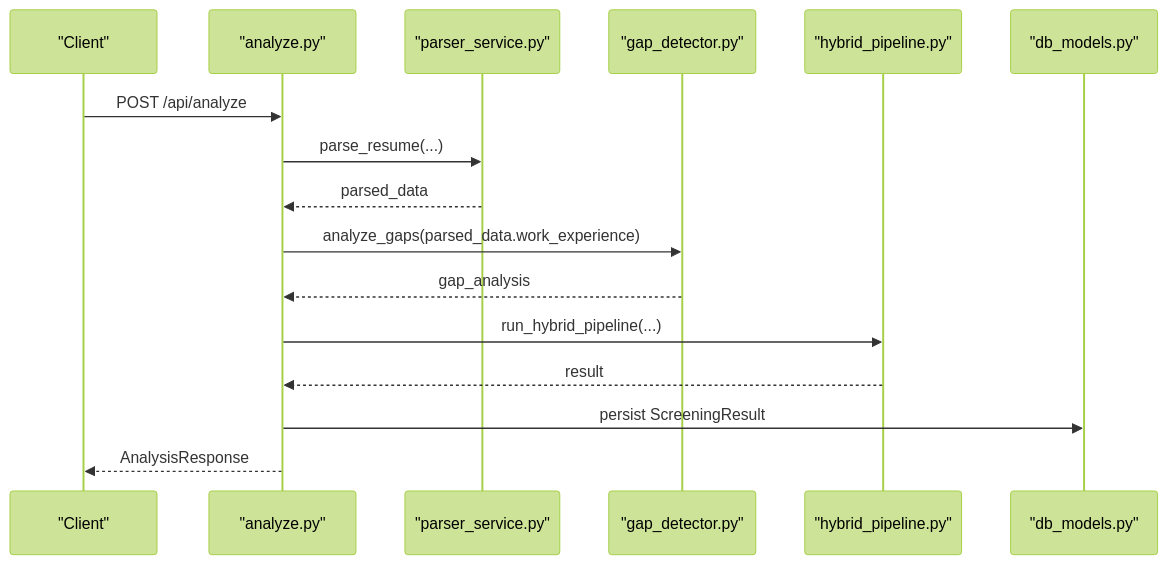
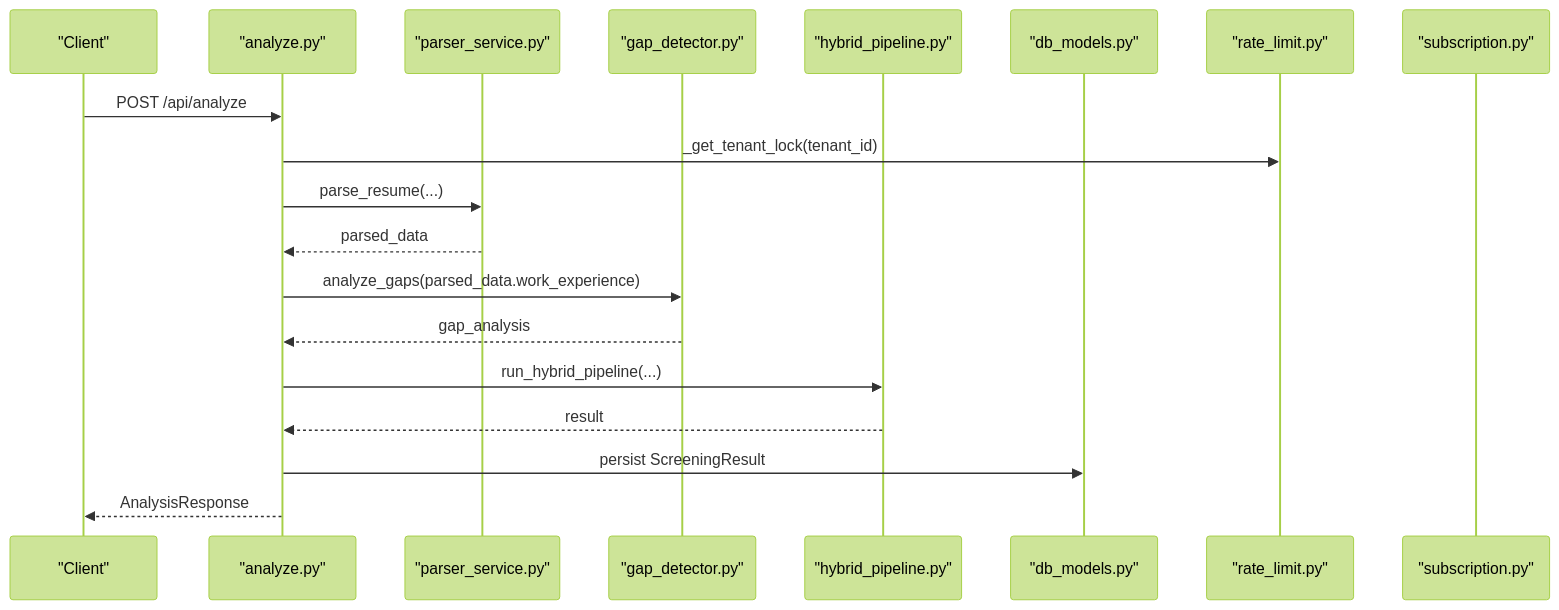
Diagram 14 of 34 in .qoder/repowiki/en/content/Analysis Engine/Analysis Engine.md (Revanththetalogics/aireume), drawn with Mermaid (forest theme) before and after one commit. The commit also changed other lines of this file and 15 other files, not shown here.

````diff
--- a/.qoder/repowiki/en/content/Analysis Engine/Analysis Engine.md
+++ b/.qoder/repowiki/en/content/Analysis Engine/Analysis Engine.md
@@ -573,18 +720,21 @@
 ```mermaid
 sequenceDiagram
 participant Client as "Client"
 participant Route as "analyze.py"
 participant Parser as "parser_service.py"
 participant Gap as "gap_detector.py"
 participant Hybrid as "hybrid_pipeline.py"
 participant DB as "db_models.py"
+participant RateLimit as "rate_limit.py"
+participant Subscription as "subscription.py"
 Client->>Route : POST /api/analyze
+Route->>RateLimit : _get_tenant_lock(tenant_id)
 Route->>Parser : parse_resume(...)
 Parser-->>Route : parsed_data
 Route->>Gap : analyze_gaps(parsed_data.work_experience)
 Gap-->>Route : gap_analysis
 Route->>Hybrid : run_hybrid_pipeline(...)
 Hybrid-->>Route : result
 Route->>DB : persist ScreeningResult
 Route-->>Client : AnalysisResponse
 ```
````
